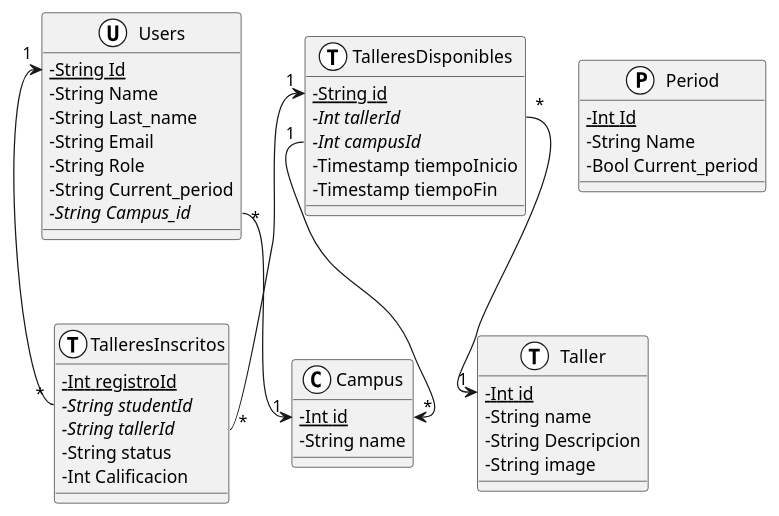
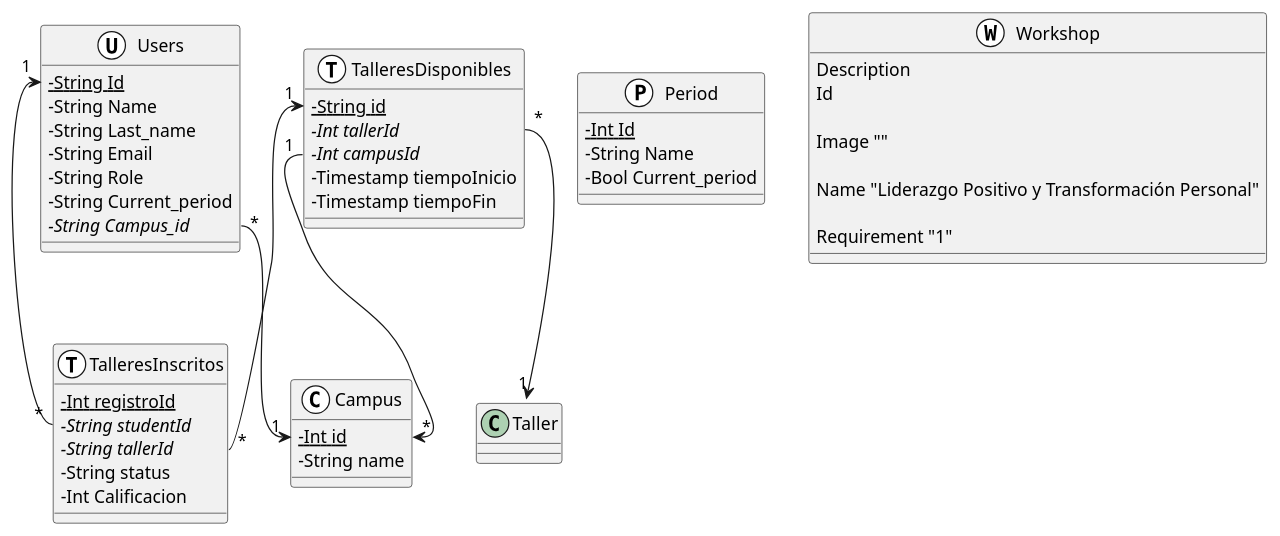
One commit to facund015/codeRelatedObsidianNotes changed the diagram in Reto/Base de datos.md. Above: the diagram before and after it, drawn with PlantUML.

Commit message:
vault backup: 2021-12-01 18:08:03

````diff
--- a/Reto/Base de datos.md
+++ b/Reto/Base de datos.md
@@ -2,56 +2,60 @@
 ```plantuml
 @startuml
 skinparam classAttributeIconSize 0
 
 class Users <<(U,white)>> {
 	-{static} String Id
 	-String Name
 	-String Last_name
 	-String Email
 	-String Role
 	-String Current_period
 	{abstract} -String Campus_id
 }
 
 class Campus <<(C,white)>> {
 	{static} -Int id
 	-String name
 }
 
 class Period <<(P,white)>> {
 	{static} -Int Id
 	-String Name
 	-Bool Current_period
 }
 
-class Taller <<(T,white)>> {
-    {static} -Int id 
-    - String name
-	- String Descripcion
-    - String image
+class Workshop <<(W,white)>> {
+    Description
+	Id
+
+Image ""
+
+Name "Liderazgo Positivo y Transformación Personal"
+
+Requirement "1"
 }
 class TalleresDisponibles <<(T, white)>> {
 	{static} -String id
 	{abstract} -Int tallerId
 	{abstract} -Int campusId
 	-Timestamp tiempoInicio
 	-Timestamp tiempoFin
 }
 class TalleresInscritos <<(T,white)>> {
 	{static} -Int registroId 
 	{abstract} -String studentId
 	{abstract} -String tallerId
 	-String status
 	-Int Calificacion
 }
 
 Users::Id "1" <-- "*" TalleresInscritos::studentId
 Users::Campus_id "*" --> "1" Campus::id
 TalleresDisponibles::id "1" <-- "*" TalleresInscritos::tallerId
 TalleresDisponibles::tallerId "*" --> "1" Taller::id
 TalleresDisponibles::campusId "1" -->  "*" Campus::id
 
 
 
 @enduml
 ```
````
